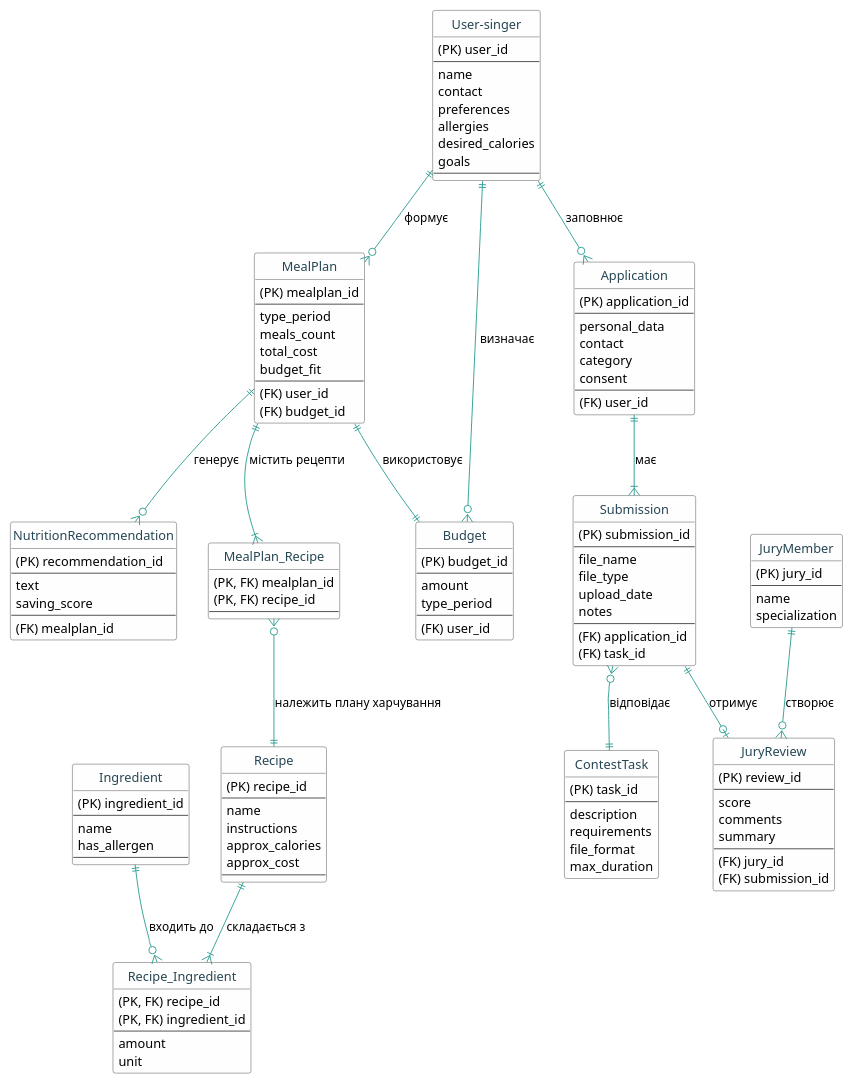
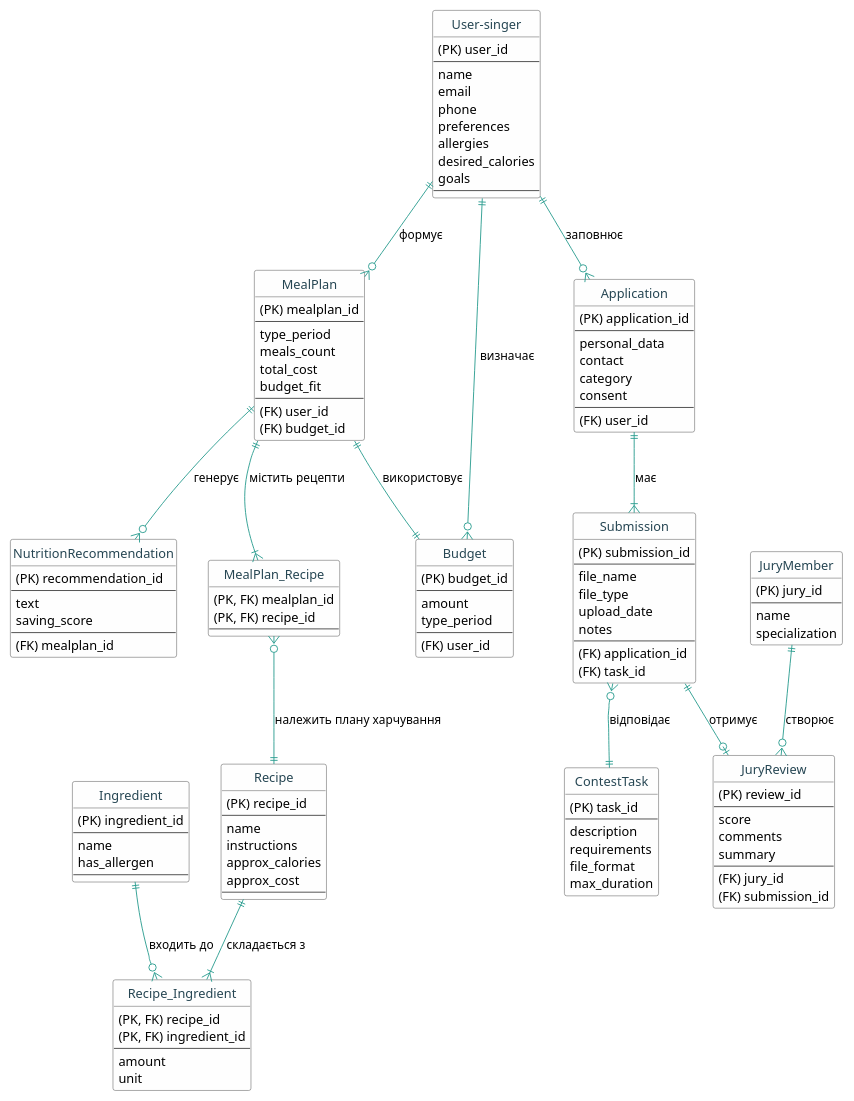
Before and after one commit to Liudmyla11/lab3: the diagram in RelLogicalSchema.puml, drawn with PlantUML.

```diff
--- a/RelLogicalSchema.puml
+++ b/RelLogicalSchema.puml
@@ -1,155 +1,156 @@
 @startuml
 
 skinparam dpi 85
 hide circle
 skinparam backgroundColor white
 skinparam class {
     BackgroundColor #fefefe
     BorderColor #444444
     ArrowColor #2a9d8f
     FontColor #264653
 }
 
 entity "User-singer" as user {
     (PK) user_id
     --
     name
-    contact
+    email
+    phone
     preferences
     allergies
     desired_calories
     goals
     --
 }
 
 entity "MealPlan" as mealplan {
     (PK) mealplan_id
     --
     type_period
     meals_count
     total_cost
     budget_fit
     --
     (FK) user_id
     (FK) budget_id
 }
 
 entity "Recipe" as recipe {
     (PK) recipe_id
     --
     name
     instructions
     approx_calories
     approx_cost
     --
 }
 
 entity "Ingredient" as ingredient {
     (PK) ingredient_id
     --
     name
     has_allergen
     --
 }
 
 entity "Budget" as budget {
     (PK) budget_id
     --
     amount
     type_period
     --
     (FK) user_id
 }
 
 entity "NutritionRecommendation" as nutrition {
     (PK) recommendation_id
     --
     text
     saving_score
     --
     (FK) mealplan_id
 }
 
 entity "Application" as application {
     (PK) application_id
     --
     personal_data
     contact
     category
     consent
     --
     (FK) user_id
 }
 
 entity "ContestTask" as contesttask {
     (PK) task_id
     --
     description
     requirements
     file_format
     max_duration
 }
 
 entity "Submission" as submission {
     (PK) submission_id
     --
     file_name
     file_type
     upload_date
     notes
     --
     (FK) application_id
     (FK) task_id
 }
 
 entity "JuryMember" as jurymember {
     (PK) jury_id
     --
     name
     specialization
 }
 
 entity "JuryReview" as juryreview {
     (PK) review_id
     --
     score
     comments
     summary
     --
     (FK) jury_id
     (FK) submission_id
 }
 
 entity "MealPlan_Recipe" as mealplan_recipe {
     (PK, FK) mealplan_id
     (PK, FK) recipe_id
     --
 }
 
 entity "Recipe_Ingredient" as recipe_ingredient {
     (PK, FK) recipe_id
     (PK, FK) ingredient_id
     --
     amount
     unit
 }
 
 user ||--o{ mealplan : формує
 mealplan ||--|| budget : використовує
 user ||--o{ budget : визначає
 mealplan ||--o{ nutrition : генерує
 
 recipe ||--|{ recipe_ingredient : складається з
 ingredient ||--o{ recipe_ingredient : входить до
 
 user ||--o{ application : заповнює
 application ||--|{ submission : має
 submission }o--|| contesttask : відповідає
 
 submission ||--o| juryreview : отримує
 jurymember ||--o{ juryreview : створює
 
 mealplan ||--|{ mealplan_recipe : містить рецепти
 recipe   ||-up-o{ mealplan_recipe : належить плану харчування
 
 @enduml
```
